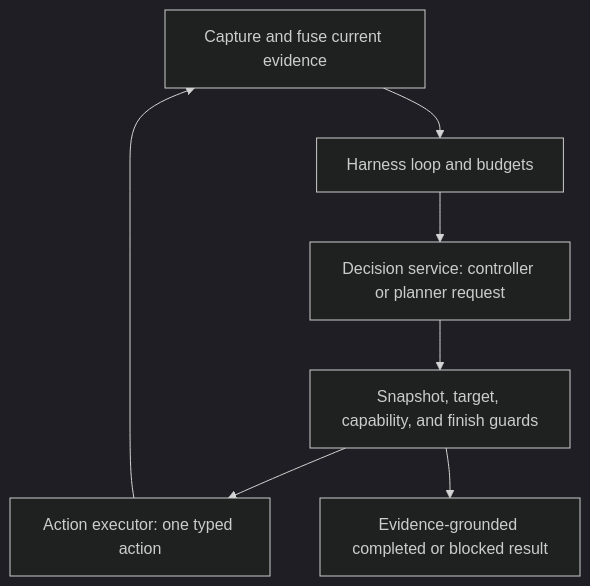
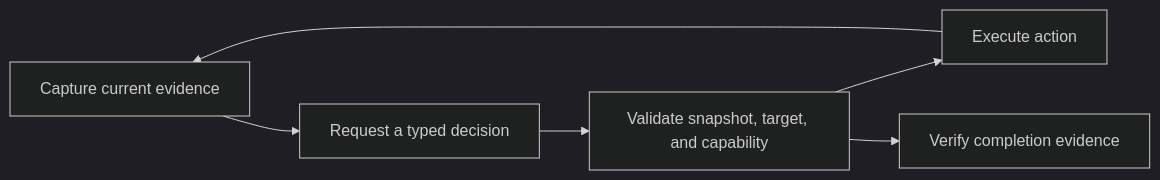
One commit to maeek/rebroid changed the second of 2 diagrams in docs/orchestrator-architecture.md. Above: the diagram before and after it, drawn with Mermaid (dark theme). The commit also changed other lines of this file and 22 other files, not shown here.

````diff
--- a/docs/orchestrator-architecture.md
+++ b/docs/orchestrator-architecture.md
@@ -142,9 +74,8 @@
 ```mermaid
-flowchart TD
-  Observe["Capture and fuse current evidence"] --> Harness["Harness loop and budgets"]
-  Harness --> Decide["Decision service: controller or planner request"]
-  Decide --> Verify["Snapshot, target, capability, and finish guards"]
-  Verify --> Execute["Action executor: one typed action"]
-  Execute --> Observe
-  Verify --> Finish["Evidence-grounded completed or blocked result"]
+flowchart LR
+  Observe["Capture current evidence"] --> Decide["Request a typed decision"]
+  Decide --> Validate["Validate snapshot, target, and capability"]
+  Validate --> Act["Execute action"]
+  Act --> Observe
+  Validate --> Finish["Verify completion evidence"]
 ```
````
